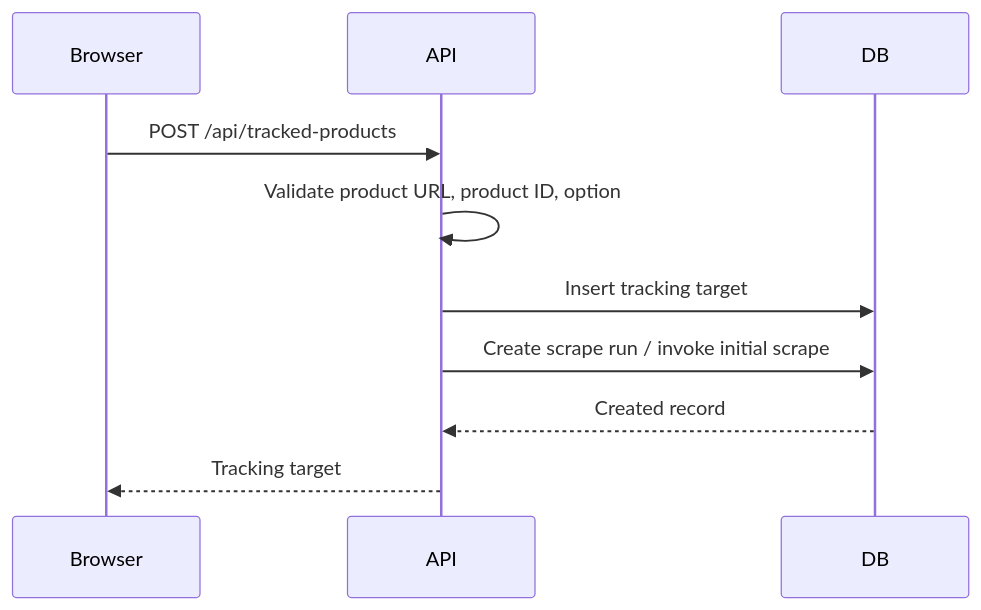
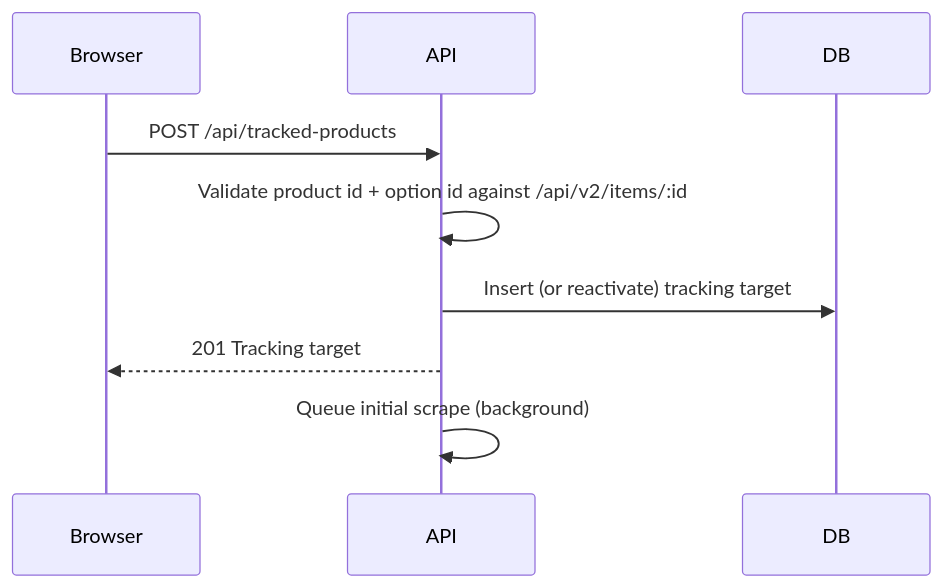
Before and after one commit to bipul724/price-tracker: the third of 4 diagrams in docs/architecture.md, drawn with Mermaid. The commit also changed other lines of this file and 8 other files, not shown here.

````diff
--- a/docs/architecture.md
+++ b/docs/architecture.md
@@ -63,13 +83,12 @@
 ```mermaid
 sequenceDiagram
     participant Browser
     participant API
     participant DB
 
     Browser->>API: POST /api/tracked-products
-    API->>API: Validate product URL, product ID, option
-    API->>DB: Insert tracking target
-    API->>DB: Create scrape run / invoke initial scrape
-    DB-->>API: Created record
-    API-->>Browser: Tracking target
+    API->>API: Validate product id + option id against /api/v2/items/:id
+    API->>DB: Insert (or reactivate) tracking target
+    API-->>Browser: 201 Tracking target
+    API->>API: Queue initial scrape (background)
 ```
````
